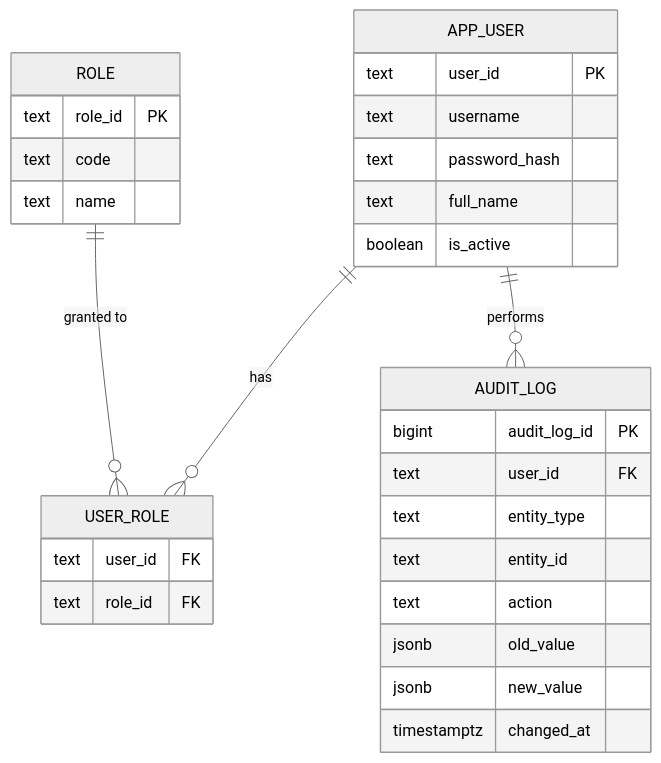
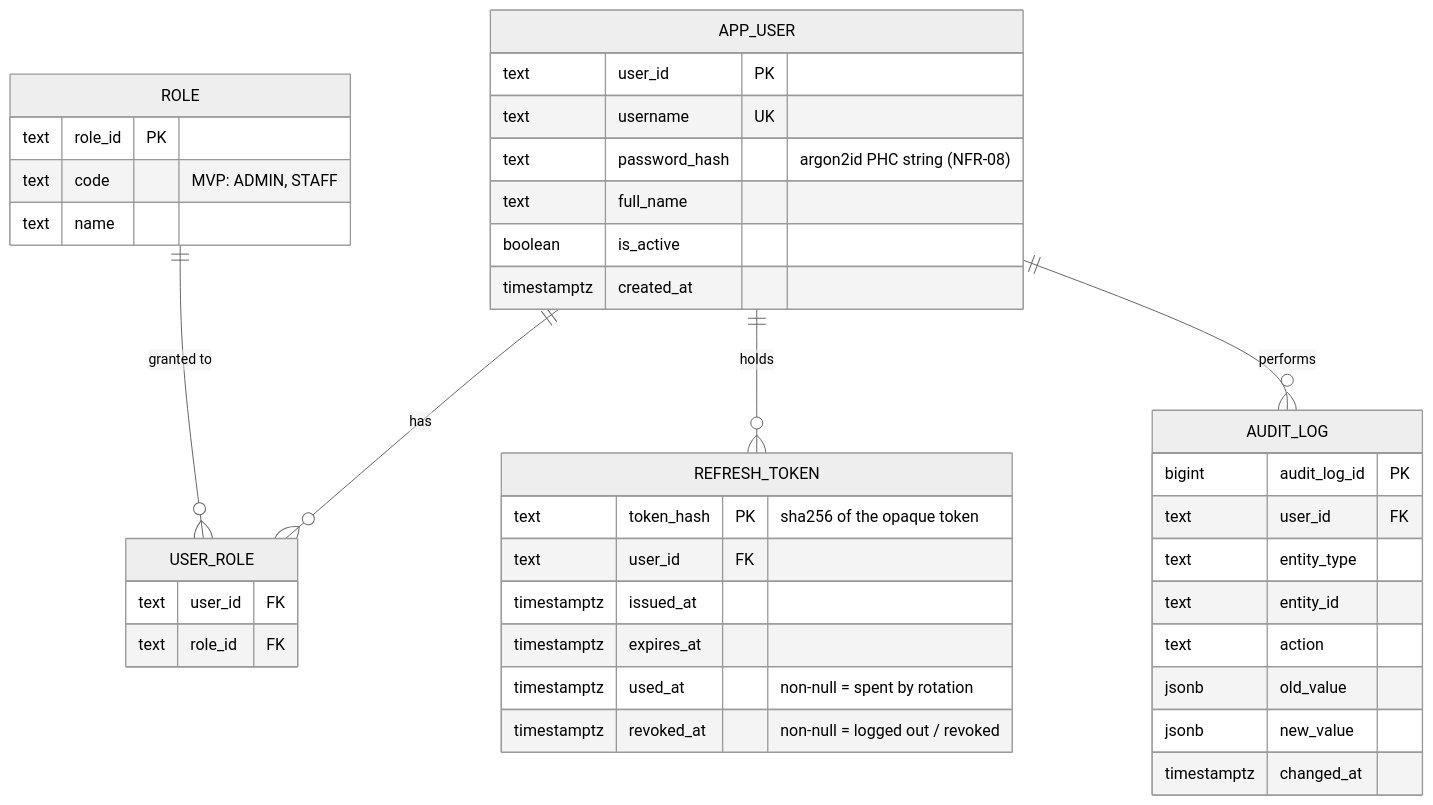
Before and after one commit to somprasongd/carepath: the sixth of 6 diagrams in docs/deliverables/02-er-diagram-database.md, drawn with Mermaid (neutral theme). The commit also changed other lines of this file and 24 other files, not shown here.

````diff
--- a/docs/deliverables/02-er-diagram-database.md
+++ b/docs/deliverables/02-er-diagram-database.md
@@ -268,33 +275,43 @@
 ```mermaid
 erDiagram
     APP_USER ||--o{ USER_ROLE : has
     ROLE ||--o{ USER_ROLE : "granted to"
+    APP_USER ||--o{ REFRESH_TOKEN : holds
     APP_USER ||--o{ AUDIT_LOG : performs
 
     APP_USER {
         text user_id PK
-        text username
-        text password_hash
+        text username UK
+        text password_hash "argon2id PHC string (NFR-08)"
         text full_name
         boolean is_active
+        timestamptz created_at
     }
     ROLE {
         text role_id PK
-        text code
+        text code "MVP: ADMIN, STAFF"
         text name
     }
     USER_ROLE {
         text user_id FK
         text role_id FK
+    }
+    REFRESH_TOKEN {
+        text token_hash PK "sha256 of the opaque token"
+        text user_id FK
+        timestamptz issued_at
+        timestamptz expires_at
+        timestamptz used_at "non-null = spent by rotation"
+        timestamptz revoked_at "non-null = logged out / revoked"
     }
     AUDIT_LOG {
         bigint audit_log_id PK
         text user_id FK
         text entity_type
         text entity_id
         text action
         jsonb old_value
         jsonb new_value
         timestamptz changed_at
     }
 ```
````
